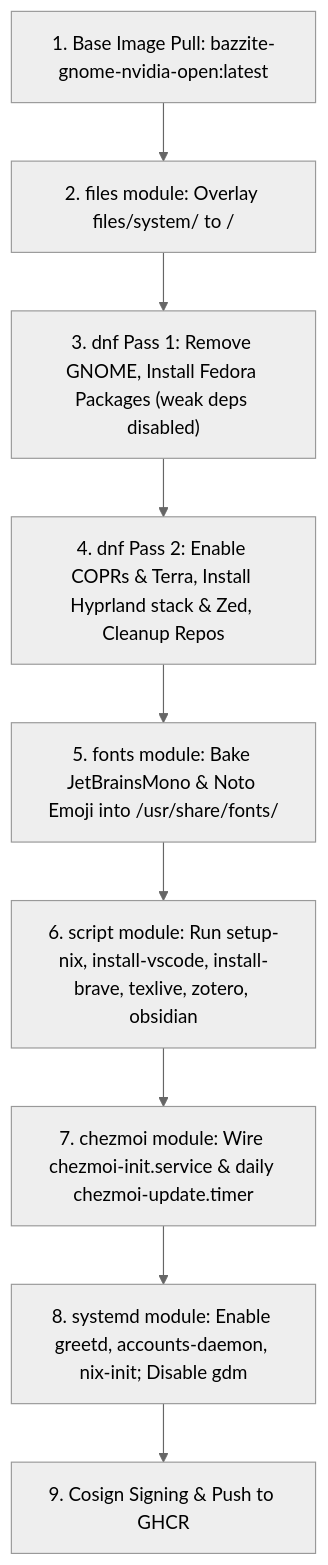
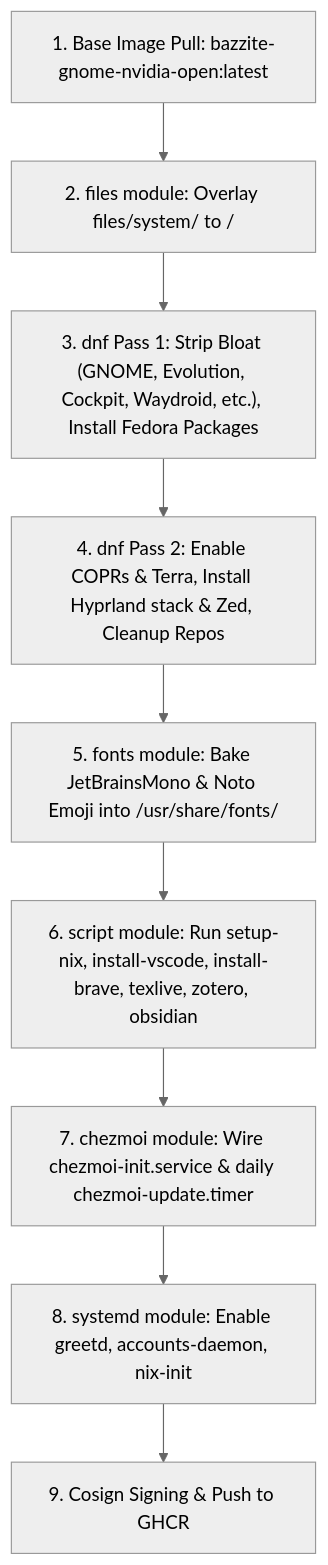
Before and after one commit to aahsnr-work/bazzite-hyprland: the first of 2 diagrams in SPECIFICATION.md, drawn with Mermaid (neutral theme). The commit also changed other lines of this file and 4 other files, not shown here.

````diff
--- a/SPECIFICATION.md
+++ b/SPECIFICATION.md
@@ -58,11 +59,11 @@
 ```mermaid
 flowchart TD
     A["1. Base Image Pull: bazzite-gnome-nvidia-open:latest"] --> B["2. files module: Overlay files/system/ to /"]
-    B --> C["3. dnf Pass 1: Remove GNOME, Install Fedora Packages (weak deps disabled)"]
+    B --> C["3. dnf Pass 1: Strip Bloat (GNOME, Evolution, Cockpit, Waydroid, etc.), Install Fedora Packages"]
     C --> D["4. dnf Pass 2: Enable COPRs & Terra, Install Hyprland stack & Zed, Cleanup Repos"]
     D --> E["5. fonts module: Bake JetBrainsMono & Noto Emoji into /usr/share/fonts/"]
     E --> F["6. script module: Run setup-nix, install-vscode, install-brave, texlive, zotero, obsidian"]
     F --> G["7. chezmoi module: Wire chezmoi-init.service & daily chezmoi-update.timer"]
-    G --> H["8. systemd module: Enable greetd, accounts-daemon, nix-init; Disable gdm"]
+    G --> H["8. systemd module: Enable greetd, accounts-daemon, nix-init"]
     H --> I["9. Cosign Signing & Push to GHCR"]
 ```
````
